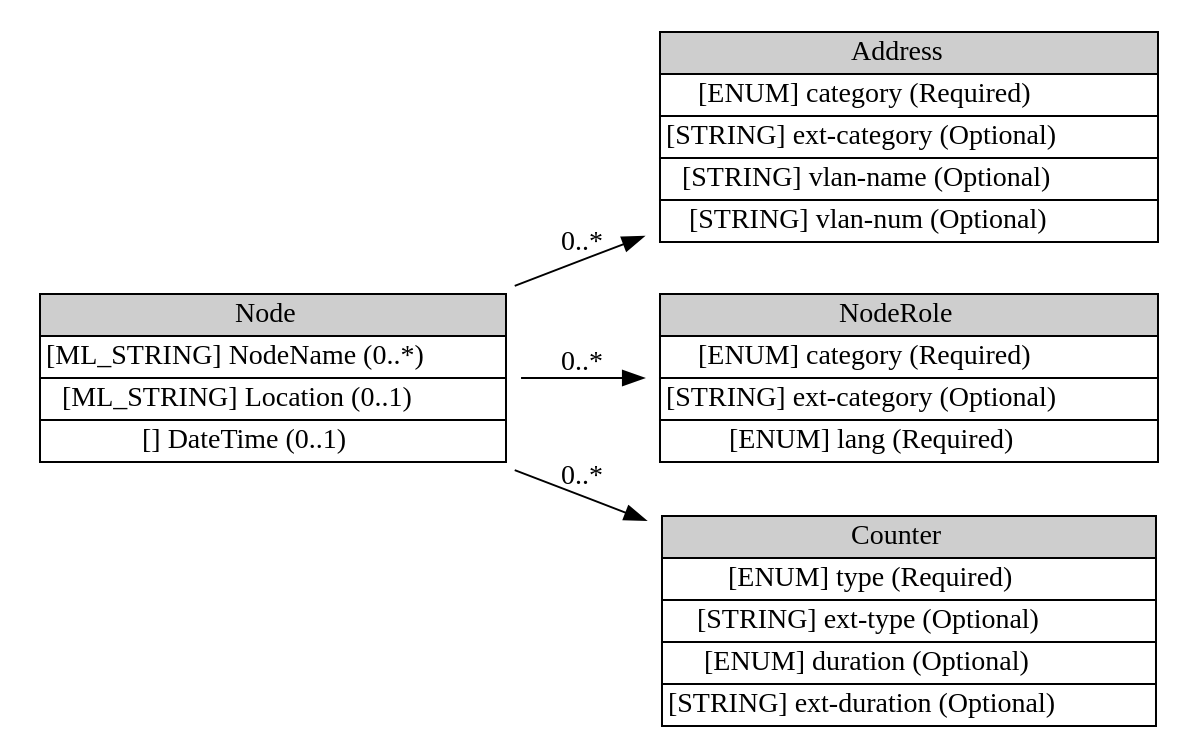
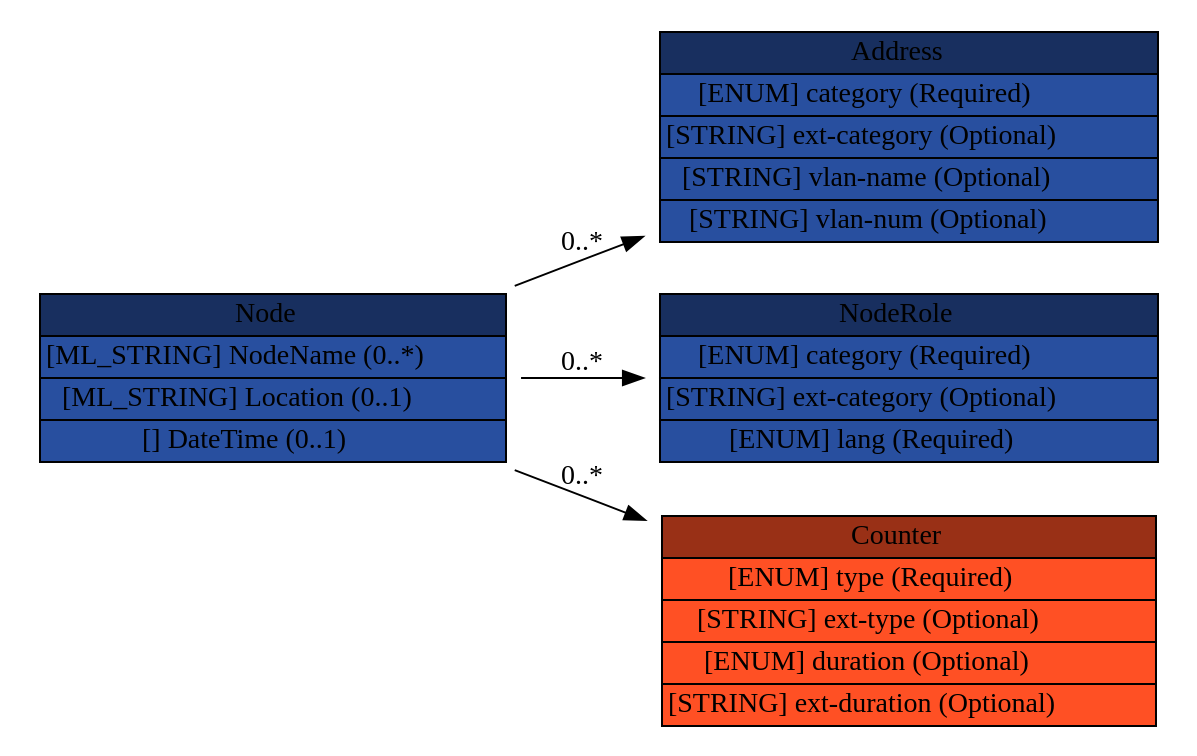
The diagram in iodef/graph/Node.dot (Moutix/idmef_parser), drawn with Graphviz before and after one commit. The commit also changed 271 other files, not shown here.

Commit message:
Add color in IODEF diagram

```diff
--- a/iodef/graph/Node.dot
+++ b/iodef/graph/Node.dot
@@ -1,12 +1,12 @@
 digraph "Node" {
 	graph [rankdir=LR];
 	node [label="\N"];
 	graph [bb="0,0,560,340"];
-	"Node" [label=<<table BORDER="0" CELLBORDER="1" CELLSPACING="0"> <tr > <td BGCOLOR="#CECECE" HREF="#" TITLE="The Node class names a system (e.g., PC, router) or network. ">Node</td> </tr>" %<tr><td HREF="#" TITLE="The name of the Node (e.g., fully qualified domain name).  This information MUST be provided if no Address information is given.">[ML_STRING] NodeName (0..*) </td></tr>%<tr><td HREF="#" TITLE="A free-from description of the physical location of the equipment.">[ML_STRING] Location (0..1) </td></tr>%<tr><td HREF="#" TITLE="A timestamp of when the resolution between the name and address was performed.  This information SHOULD be provided if both an Address and NodeName are specified.">[] DateTime (0..1) </td></tr>%</table>>, shape=plaintext, pos="120,170", width="3.3333", height="1.2361"];
-	Address [label=<<table BORDER="0" CELLBORDER="1" CELLSPACING="0"> <tr > <td BGCOLOR="#CECECE" HREF="#" TITLE="The Address class represents a hardware (layer-2), network (layer-3), or application (layer-7) address. ">Address</td> </tr>" %<tr><td HREF="#" TITLE="The type of address represented.  The permitted values for this attribute are shown below.  The default value is &quot;ipv4-addr&quot;.">[ENUM] category (Required) </td></tr>%<tr><td HREF="#" TITLE="A means by which to extend the category attribute.  See Section 5.1.">[STRING] ext-category (Optional) </td></tr>%<tr><td HREF="#" TITLE="The name of the Virtual LAN to which the address belongs.">[STRING] vlan-name (Optional) </td></tr>%<tr><td HREF="#" TITLE="The number of the Virtual LAN to which the address belongs.">[STRING] vlan-num (Optional) </td></tr>%</table>>, shape=plaintext, pos="431,286", width="3.5833", height="1.5139"];
-	NodeRole [label=<<table BORDER="0" CELLBORDER="1" CELLSPACING="0"> <tr > <td BGCOLOR="#CECECE" HREF="#" TITLE="The NodeRole class describes the intended function performed by a particular host. ">NodeRole</td> </tr>" %<tr><td HREF="#" TITLE="Functionality provided by a node.">[ENUM] category (Required) </td></tr>%<tr><td HREF="#" TITLE="A means by which to extend the category attribute.  See Section 5.1.">[STRING] ext-category (Optional) </td></tr>%<tr><td HREF="#" TITLE="A valid language code per RFC 4646 [7] constrained by the definition of &quot;xs:language&quot;.  The interpretation of this code is described in Section 6.">[ENUM] lang (Required) </td></tr>%</table>>, shape=plaintext, pos="431,170", width="3.5833", height="1.2361"];
-	Counter [label=<<table BORDER="0" CELLBORDER="1" CELLSPACING="0"> <tr > <td BGCOLOR="#CECECE" HREF="#" TITLE="The Counter class summarize multiple occurrences of some event, or conveys counts or rates on various features (e.g., packets, sessions, events). ">Counter</td> </tr>" %<tr><td HREF="#" TITLE="Specifies the units of the element content.">[ENUM] type (Required) </td></tr>%<tr><td HREF="#" TITLE="A means by which to extend the type attribute. See Section 5.1.">[STRING] ext-type (Optional) </td></tr>%<tr><td HREF="#" TITLE="If present, the Counter class represents a rate rather than a count over the entire event.  In that case, this attribute specifies the denominator of the rate (where the type attribute specified the nominator).  The possible values of this attribute are defined in Section 3.10.2">[ENUM] duration (Optional) </td></tr>%<tr><td HREF="#" TITLE="A means by which to extend the duration attribute.  See Section 5.1.">[STRING] ext-duration (Optional) </td></tr>%</table>>, shape=plaintext, pos="431,54", width="3.5556", height="1.5139"];
+	"Node" [label=<<table BORDER="0" CELLBORDER="1" CELLSPACING="0"> <tr > <td BGCOLOR="#182f5f" HREF="#" TITLE="The Node class names a system (e.g., PC, router) or network. ">Node</td> </tr>" %<tr><td BGCOLOR="#284f9f" HREF="#" TITLE="The name of the Node (e.g., fully qualified domain name).  This information MUST be provided if no Address information is given.">[ML_STRING] NodeName (0..*) </td></tr>%<tr><td BGCOLOR="#284f9f" HREF="#" TITLE="A free-from description of the physical location of the equipment.">[ML_STRING] Location (0..1) </td></tr>%<tr><td BGCOLOR="#284f9f" HREF="#" TITLE="A timestamp of when the resolution between the name and address was performed.  This information SHOULD be provided if both an Address and NodeName are specified.">[] DateTime (0..1) </td></tr>%</table>>, shape=plaintext, pos="120,170", width="3.3333", height="1.2361"];
+	Address [label=<<table BORDER="0" CELLBORDER="1" CELLSPACING="0"> <tr > <td BGCOLOR="#182f5f" HREF="#" TITLE="The Address class represents a hardware (layer-2), network (layer-3), or application (layer-7) address. ">Address</td> </tr>" %<tr><td BGCOLOR="#284f9f" HREF="#" TITLE="The type of address represented.  The permitted values for this attribute are shown below.  The default value is &quot;ipv4-addr&quot;.">[ENUM] category (Required) </td></tr>%<tr><td BGCOLOR="#284f9f" HREF="#" TITLE="A means by which to extend the category attribute.  See Section 5.1.">[STRING] ext-category (Optional) </td></tr>%<tr><td BGCOLOR="#284f9f" HREF="#" TITLE="The name of the Virtual LAN to which the address belongs.">[STRING] vlan-name (Optional) </td></tr>%<tr><td BGCOLOR="#284f9f" HREF="#" TITLE="The number of the Virtual LAN to which the address belongs.">[STRING] vlan-num (Optional) </td></tr>%</table>>, shape=plaintext, pos="431,286", width="3.5833", height="1.5139"];
+	NodeRole [label=<<table BORDER="0" CELLBORDER="1" CELLSPACING="0"> <tr > <td BGCOLOR="#182f5f" HREF="#" TITLE="The NodeRole class describes the intended function performed by a particular host. ">NodeRole</td> </tr>" %<tr><td BGCOLOR="#284f9f" HREF="#" TITLE="Functionality provided by a node.">[ENUM] category (Required) </td></tr>%<tr><td BGCOLOR="#284f9f" HREF="#" TITLE="A means by which to extend the category attribute.  See Section 5.1.">[STRING] ext-category (Optional) </td></tr>%<tr><td BGCOLOR="#284f9f" HREF="#" TITLE="A valid language code per RFC 4646 [7] constrained by the definition of &quot;xs:language&quot;.  The interpretation of this code is described in Section 6.">[ENUM] lang (Required) </td></tr>%</table>>, shape=plaintext, pos="431,170", width="3.5833", height="1.2361"];
+	Counter [label=<<table BORDER="0" CELLBORDER="1" CELLSPACING="0"> <tr > <td BGCOLOR="#993016" HREF="#" TITLE="The Counter class summarize multiple occurrences of some event, or conveys counts or rates on various features (e.g., packets, sessions, events). ">Counter</td> </tr>" %<tr><td BGCOLOR="#FF5024" HREF="#" TITLE="Specifies the units of the element content.">[ENUM] type (Required) </td></tr>%<tr><td BGCOLOR="#FF5024" HREF="#" TITLE="A means by which to extend the type attribute. See Section 5.1.">[STRING] ext-type (Optional) </td></tr>%<tr><td BGCOLOR="#FF5024" HREF="#" TITLE="If present, the Counter class represents a rate rather than a count over the entire event.  In that case, this attribute specifies the denominator of the rate (where the type attribute specified the nominator).  The possible values of this attribute are defined in Section 3.10.2">[ENUM] duration (Optional) </td></tr>%<tr><td BGCOLOR="#FF5024" HREF="#" TITLE="A means by which to extend the duration attribute.  See Section 5.1.">[STRING] ext-duration (Optional) </td></tr>%</table>>, shape=plaintext, pos="431,54", width="3.5556", height="1.5139"];
 	"Node" -> Address [label="0..*", pos="e,301.9,237.85 238.02,214.02 255.8,220.65 274.27,227.54 292.43,234.32", lp="271,236.5"];
 	"Node" -> NodeRole [label="0..*", pos="e,301.8,170 240.24,170 257.1,170 274.55,170 291.72,170", lp="271,178.5"];
 	"Node" -> Counter [label="0..*", pos="e,302.42,101.96 238.02,125.98 255.94,119.29 274.58,112.34 292.88,105.52", lp="271,123.5"];
 }
```
